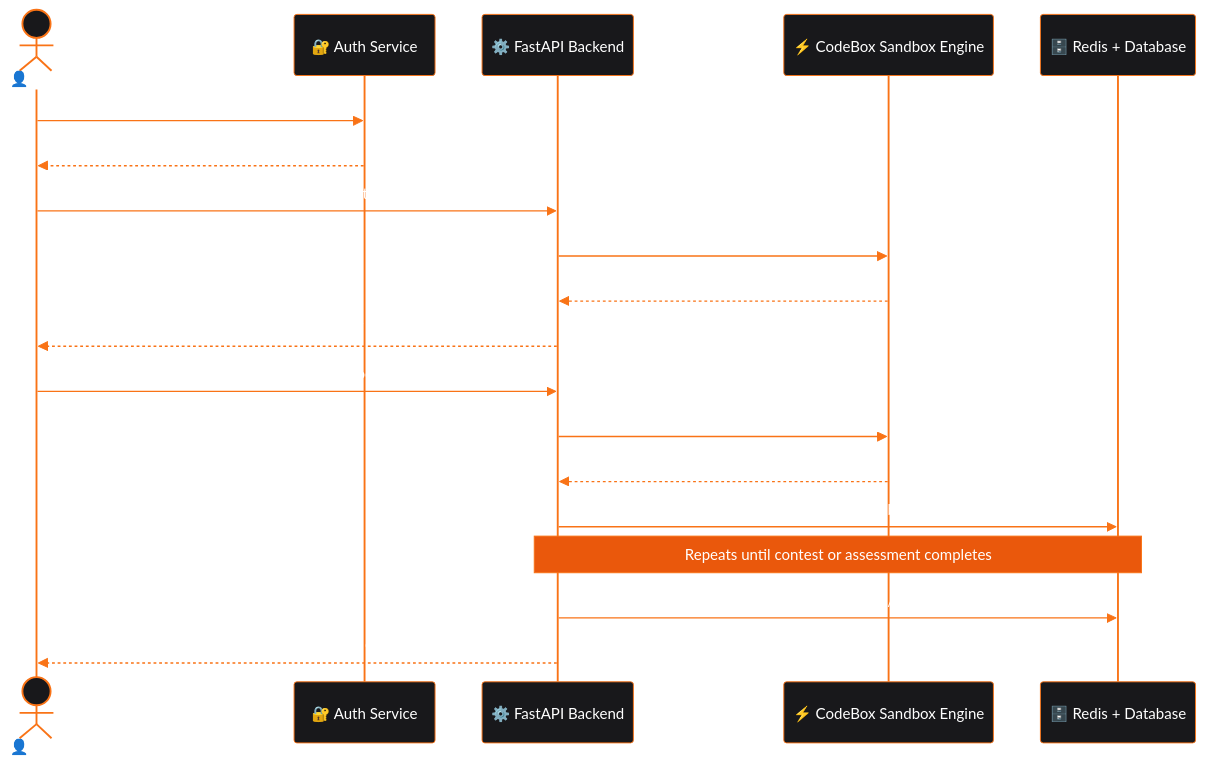
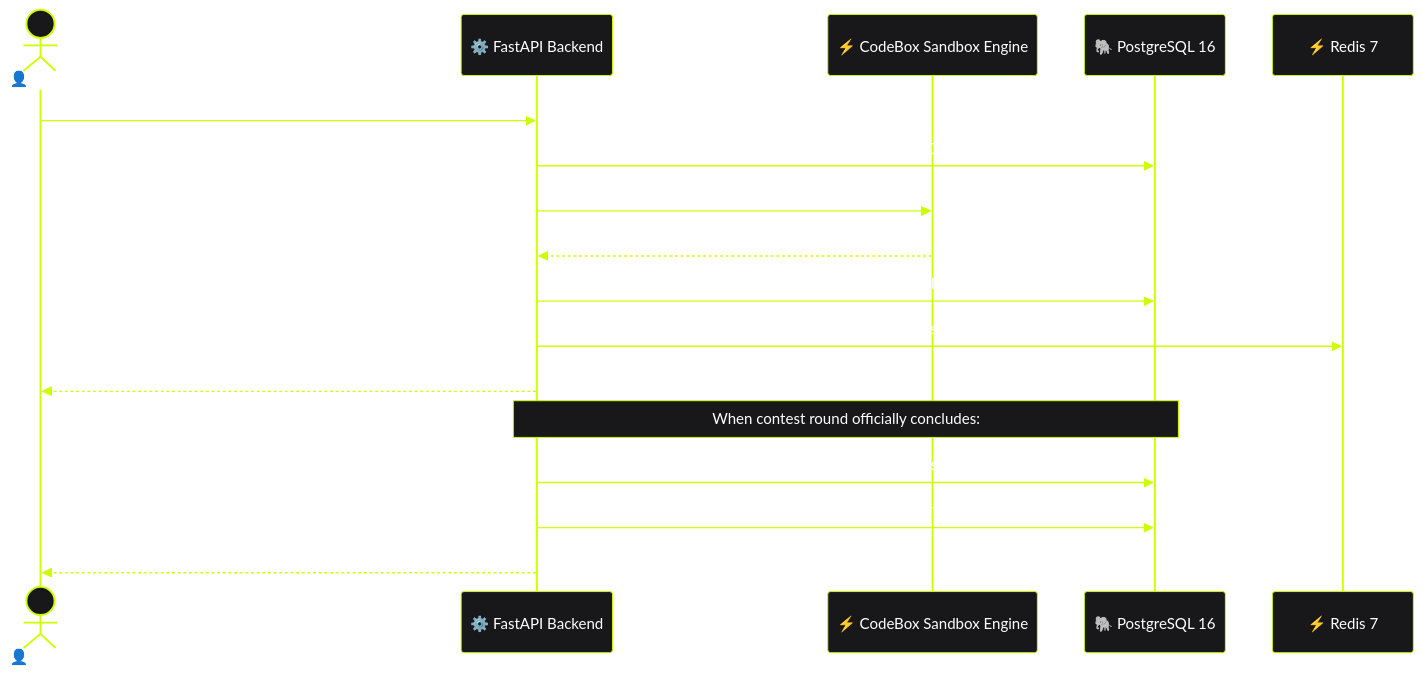
One commit to chaoscomputerclub/medicaps.chaoscomputerclub.in changed the second of 2 diagrams in README.md. Above: the diagram before and after it, drawn with Mermaid. The commit also changed other lines of this file and 24 other files, not shown here.

Commit message:
feat: redefine TRD, PRD, README and refactor to unified CP contest architecture with hook order fix

````diff
--- a/README.md
+++ b/README.md
@@ -140,45 +142,43 @@
 ```mermaid
 %%{init: {
   'theme': 'base',
   'themeVariables': {
     'primaryColor': '#18181b',
     'primaryTextColor': '#ffffff',
-    'primaryBorderColor': '#f97316',
-    'lineColor': '#f97316',
+    'primaryBorderColor': '#ccff00',
+    'lineColor': '#ccff00',
     'secondaryColor': '#27272a',
     'tertiaryColor': '#09090b',
-    'noteBkgColor': '#ea580c',
+    'noteBkgColor': '#18181b',
     'noteTextColor': '#ffffff',
-    'noteBorderColor': '#f97316',
+    'noteBorderColor': '#ccff00',
     'actorBkg': '#18181b',
-    'actorBorder': '#f97316',
+    'actorBorder': '#ccff00',
     'actorTextColor': '#ffffff',
-    'actorLineColor': '#f97316',
-    'signalColor': '#f97316',
+    'actorLineColor': '#ccff00',
+    'signalColor': '#ccff00',
     'signalTextColor': '#ffffff',
     'labelBoxBkgColor': '#18181b',
-    'labelBoxBorderColor': '#f97316',
+    'labelBoxBorderColor': '#ccff00',
     'labelTextColor': '#ffffff'
   }
 }}%%
 sequenceDiagram
-    actor User as 👤 User
-    participant Auth as 🔐 Auth Service
+    actor Cadet as 👤 Cadet
     participant API as ⚙️ FastAPI Backend
     participant Judge as ⚡ CodeBox Sandbox Engine
-    participant DB as 🗄️ Redis + Database
+    participant DB as 🐘 PostgreSQL 16
+    participant Redis as ⚡ Redis 7
 
-    User->>Auth: University PRN / Email-OTP verification
-    Auth-->>User: JWT session created (RS256)
-    User->>API: Start contest assessment (role, track, slug)
-    API->>Judge: Dispatch submission (cgroups, 2.0s limit)
-    Judge-->>API: Testcase execution output
-    API-->>User: Stream execution verdict (AC / WA / TLE)
-    User->>API: Submit final solution code
-    API->>Judge: Evaluate against hidden testcases
-    Judge-->>API: Score calculation + runtime telemetry
-    API->>DB: Persist contest state & submissions
-    Note over API,DB: Repeats until contest or assessment completes
-    API->>DB: Generate & store final report / rating deltas
-    API-->>User: Comprehensive report & verified Campus Pass
+    Cadet->>API: POST /api/contests/{slug}/submit (code, language_id, problem_id)
+    API->>DB: Record submission (status: PENDING)
+    API->>Judge: Enqueue job (cgroups isolation, 2.0s limit, 256MB)
+    Judge-->>API: Stream testcase outputs & runtime stats
+    API->>DB: Update submission verdict (ACCEPTED / WRONG_ANSWER / TLE)
+    API->>Redis: Invalidate contest standings cache
+    API-->>Cadet: Return grading verdict & runtime telemetry
+    Note over API,DB: When contest round officially concludes:
+    API->>DB: Compute final official standings (Points + Penalty)
+    API->>DB: Apply Elo rating changes across participants
+    API-->>Cadet: View updated official standings & rating profile
 ```
````
